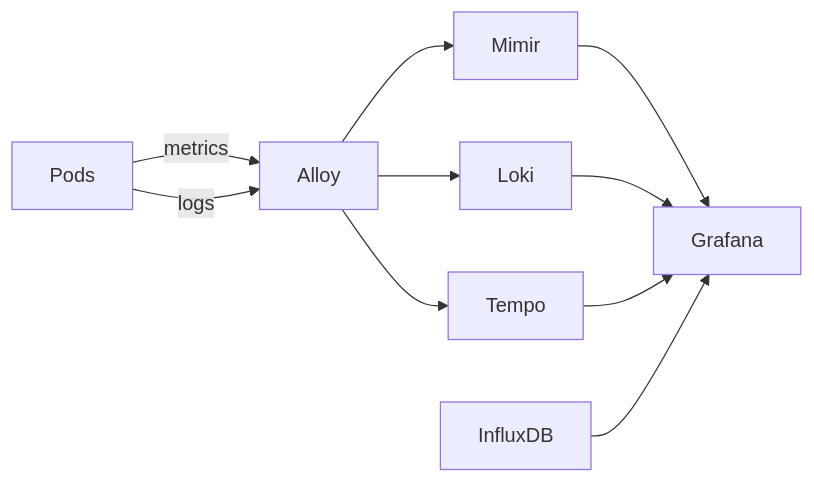
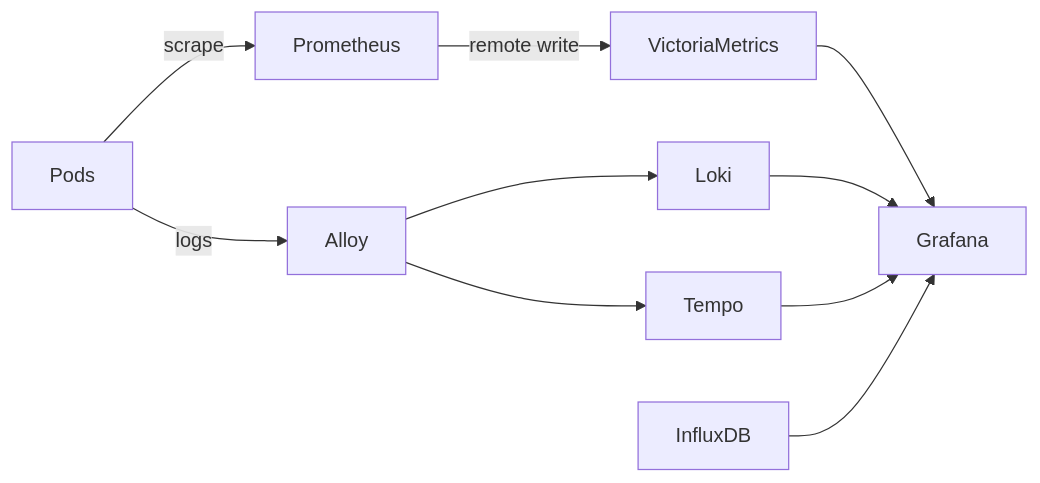
One commit to tomasz-wostal-eu/cd-homelab changed the third of 8 diagrams in README.md. Above: the diagram before and after it, drawn with Mermaid. The commit also changed other lines of this file and 8 other files, not shown here.

Commit message:
add: victoria metrics

````diff
--- a/README.md
+++ b/README.md
@@ -49,10 +49,11 @@
 ```mermaid
 flowchart LR
-    Pods -->|metrics| Alloy
+    Pods -->|scrape| Prometheus
     Pods -->|logs| Alloy
-    Alloy --> Mimir & Loki & Tempo
-    Mimir --> Grafana
+    Prometheus -->|remote write| VictoriaMetrics
+    Alloy --> Loki & Tempo
+    VictoriaMetrics --> Grafana
     Loki --> Grafana
     Tempo --> Grafana
     InfluxDB --> Grafana
 ```
````
